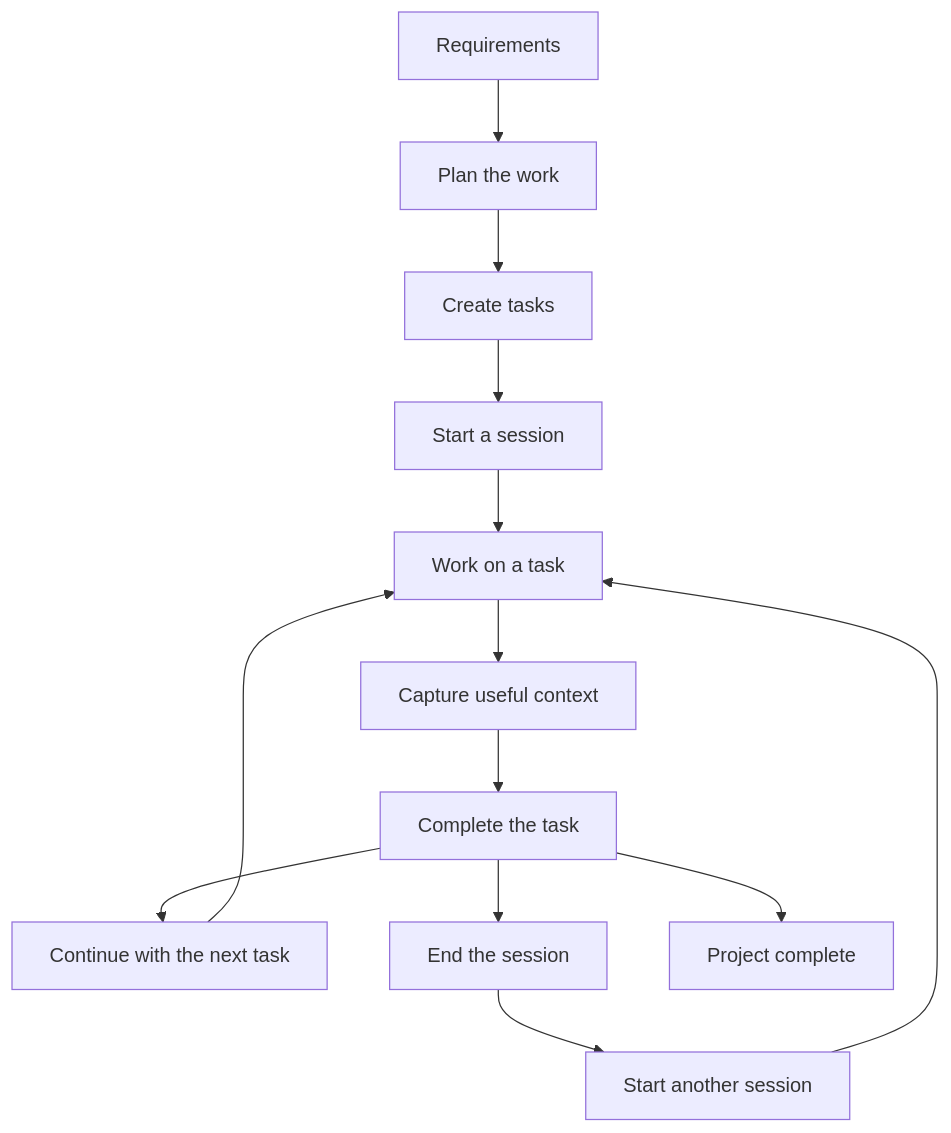
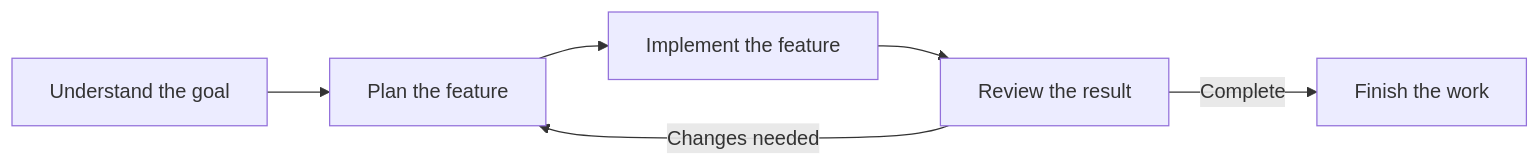
One commit to abhisekmohantychinua/ctx-cli-docs changed the diagram in docs/workflows/beginner/index.md. Above: the diagram before and after it, drawn with Mermaid. The commit also changed other lines of this file and 1 other file, not shown here.

````diff
--- a/docs/workflows/beginner/index.md
+++ b/docs/workflows/beginner/index.md
@@ -15,15 +11,8 @@
 ```mermaid
-flowchart TB
-    A[Requirements] --> B[Plan the work]
-    B --> C[Create tasks]
-    C --> D[Start a session]
-    D --> E[Work on a task]
-    E --> F[Capture useful context]
-    F --> G[Complete the task]
-    G --> H[Continue with the next task]
-    H --> E
-    G --> I[End the session]
-    I --> J[Start another session]
-    J --> E
-    G --> K[Project complete]
+flowchart LR
+    A[Understand the goal] --> B[Plan the feature]
+    B --> C[Implement the feature]
+    C --> D[Review the result]
+    D -->|Changes needed| B
+    D -->|Complete| E[Finish the work]
 ```
````
